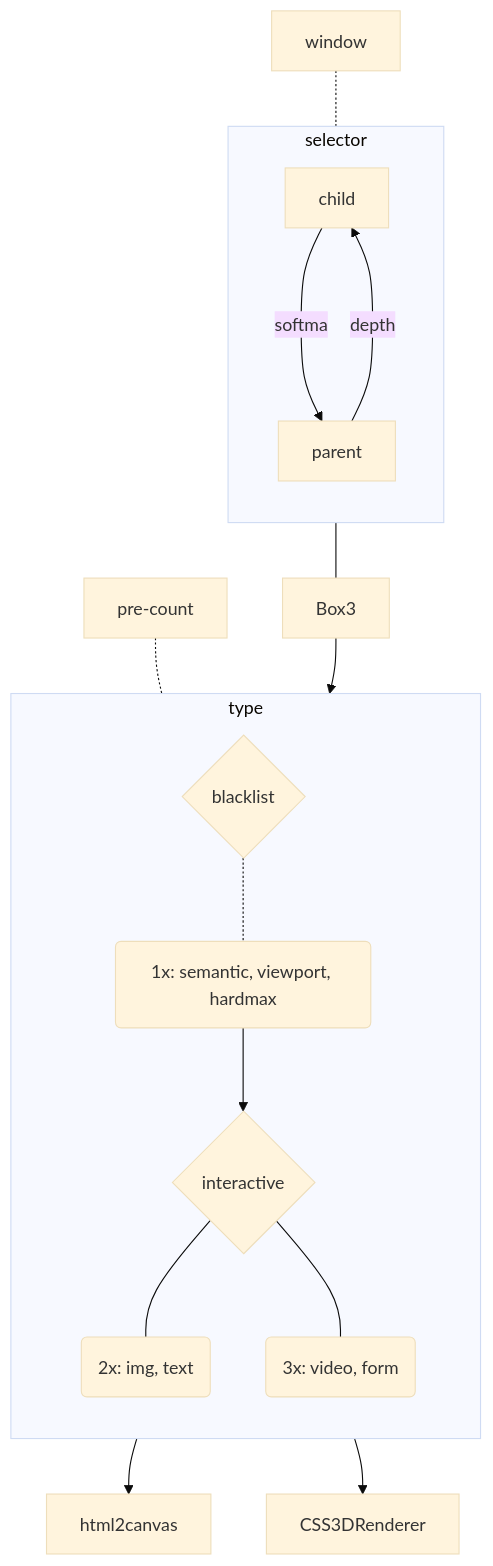
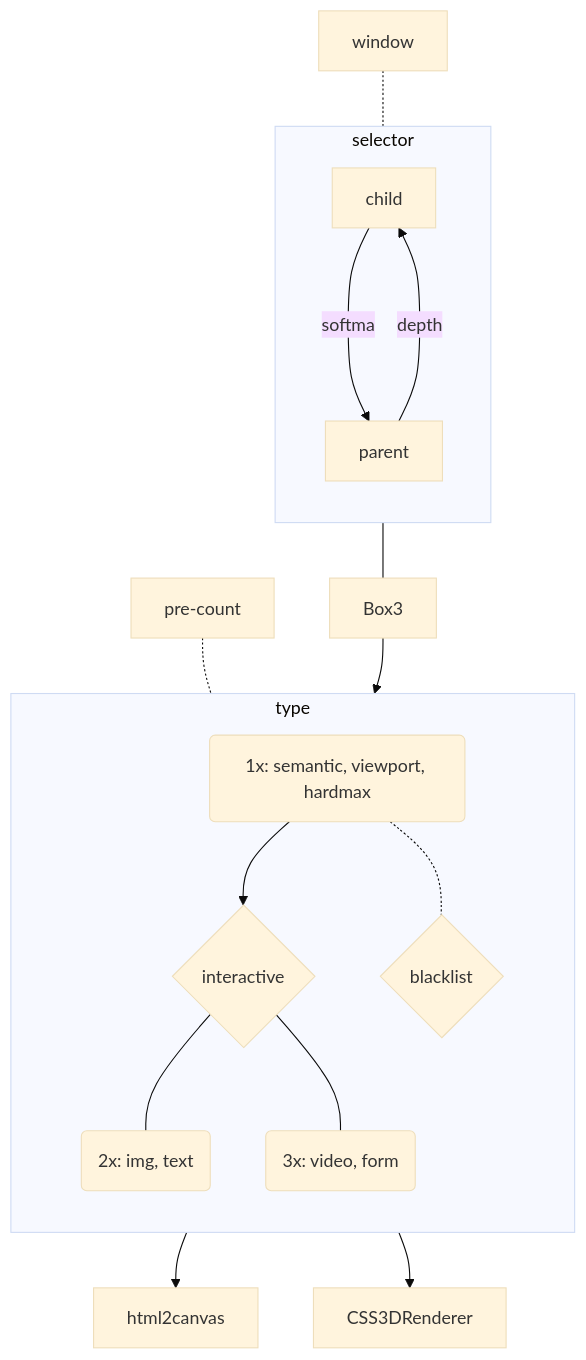
The diagram in README.md (KurtPachinger/mpos-precept), drawn with Mermaid (base theme) before and after one commit.

````diff
--- a/README.md
+++ b/README.md
@@ -5,26 +5,28 @@
 ```mermaid
 flowchart TB
 
 window-.-selector
 subgraph selector
  direction TB
  child--softmax-->parent
  parent--depth-->child
 end
 
 pre-count-.-b
 selector---Box3-->a
 
 
 subgraph type
   direction TB
-  tag{blacklist}-.-a
+
   a("1x: semantic, viewport, hardmax")
+  a-.-tag{blacklist}
   a-->b{interactive}
   b---canvas("2x: img, text")
   b---css3d("3x: video, form")
+
 end
 
 canvas-->html2canvas
 css3d-->CSS3DRenderer
 ```
````
